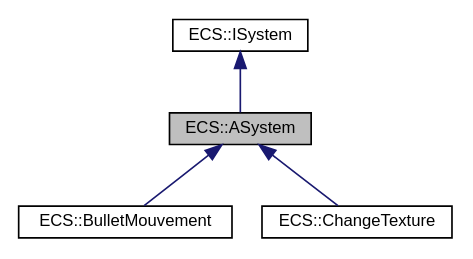
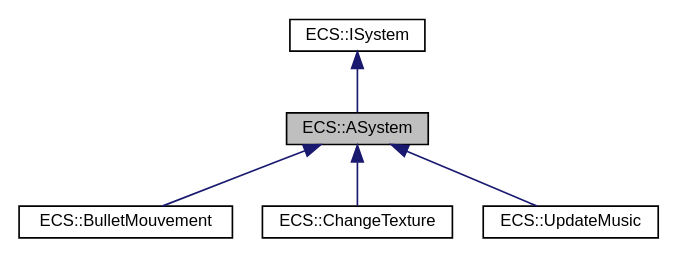
The diagram in classECS_1_1ASystem__inherit__graph.dot (TerryMazzoni/RTypeMirror), drawn with Graphviz before and after one commit. The commit also changed 100 other files, not shown here.

```diff
--- a/classECS_1_1ASystem__inherit__graph.dot
+++ b/classECS_1_1ASystem__inherit__graph.dot
@@ -1,13 +1,15 @@
 digraph "ECS::ASystem"
 {
  // LATEX_PDF_SIZE
   edge [fontname="Helvetica",fontsize="10",labelfontname="Helvetica",labelfontsize="10"];
   node [fontname="Helvetica",fontsize="10",shape=record];
   Node1 [label="ECS::ASystem",height=0.2,width=0.4,color="black", fillcolor="grey75", style="filled", fontcolor="black",tooltip=" "];
   Node2 -> Node1 [dir="back",color="midnightblue",fontsize="10",style="solid",fontname="Helvetica"];
   Node2 [label="ECS::ISystem",height=0.2,width=0.4,color="black", fillcolor="white", style="filled",URL="$classECS_1_1ISystem.html",tooltip=" "];
   Node1 -> Node3 [dir="back",color="midnightblue",fontsize="10",style="solid",fontname="Helvetica"];
   Node3 [label="ECS::BulletMouvement",height=0.2,width=0.4,color="black", fillcolor="white", style="filled",URL="$classECS_1_1BulletMouvement.html",tooltip=" "];
   Node1 -> Node4 [dir="back",color="midnightblue",fontsize="10",style="solid",fontname="Helvetica"];
   Node4 [label="ECS::ChangeTexture",height=0.2,width=0.4,color="black", fillcolor="white", style="filled",URL="$classECS_1_1ChangeTexture.html",tooltip=" "];
+  Node1 -> Node5 [dir="back",color="midnightblue",fontsize="10",style="solid",fontname="Helvetica"];
+  Node5 [label="ECS::UpdateMusic",height=0.2,width=0.4,color="black", fillcolor="white", style="filled",URL="$classECS_1_1UpdateMusic.html",tooltip=" "];
 }
```
